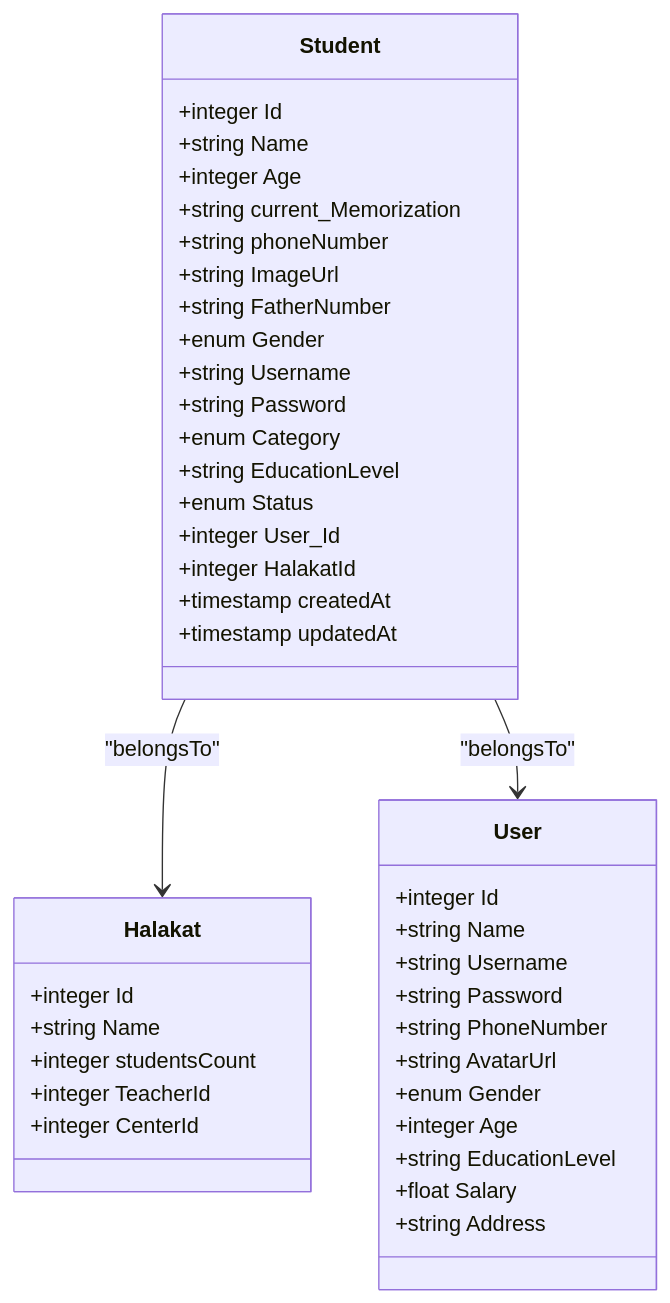
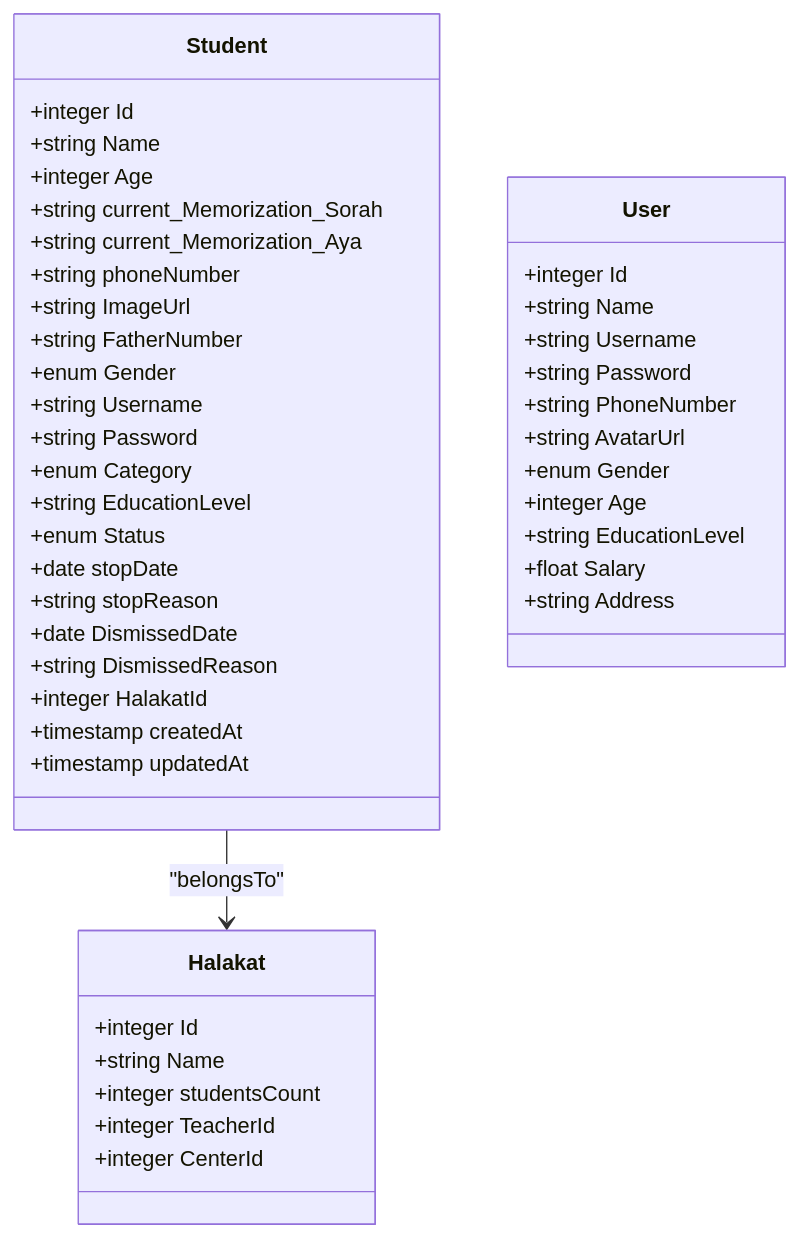
The third of 8 diagrams in .qoder/repowiki/en/content/Database Design/Student Model.md (Mreng78/khirocom_project), drawn with Mermaid before and after one commit. The commit also changed other lines of this file and 17 other files, not shown here.

````diff
--- a/.qoder/repowiki/en/content/Database Design/Student Model.md
+++ b/.qoder/repowiki/en/content/Database Design/Student Model.md
@@ -147,44 +157,47 @@
 ```mermaid
 classDiagram
 class Student {
 +integer Id
 +string Name
 +integer Age
-+string current_Memorization
++string current_Memorization_Sorah
++string current_Memorization_Aya
 +string phoneNumber
 +string ImageUrl
 +string FatherNumber
 +enum Gender
 +string Username
 +string Password
 +enum Category
 +string EducationLevel
 +enum Status
-+integer User_Id
++date stopDate
++string stopReason
++date DismissedDate
++string DismissedReason
 +integer HalakatId
 +timestamp createdAt
 +timestamp updatedAt
 }
 class User {
 +integer Id
 +string Name
 +string Username
 +string Password
 +string PhoneNumber
 +string AvatarUrl
 +enum Gender
 +integer Age
 +string EducationLevel
 +float Salary
 +string Address
 }
 class Halakat {
 +integer Id
 +string Name
 +integer studentsCount
 +integer TeacherId
 +integer CenterId
 }
 Student --> Halakat : "belongsTo"
-Student --> User : "belongsTo"
 ```
````
